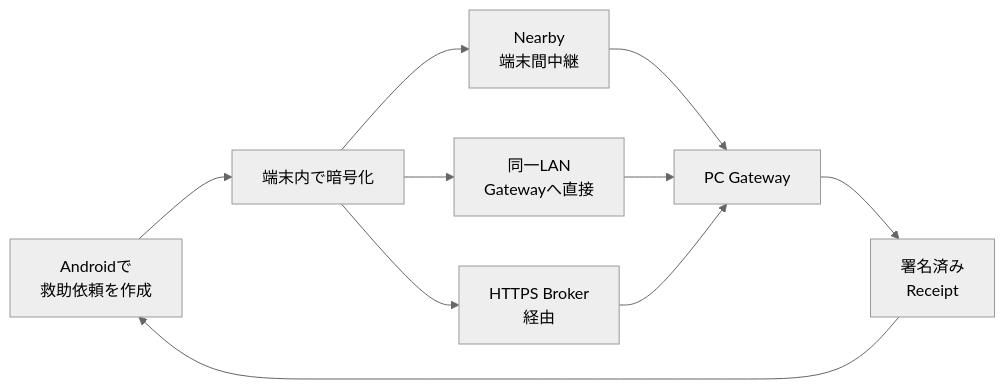
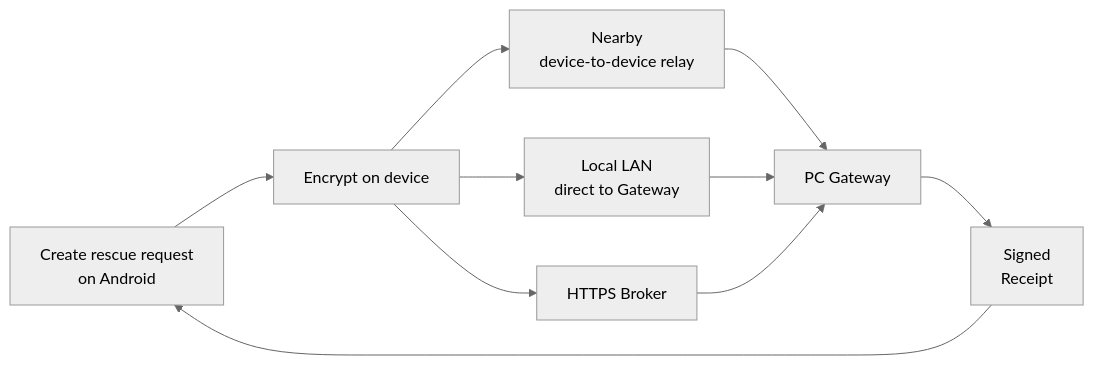
One commit to heynegix/Relay changed the diagram in README.md. Above: the diagram before and after it, drawn with Mermaid (neutral theme). The commit also changed other lines of this file, not shown here.

````diff
--- a/README.md
+++ b/README.md
@@ -33,12 +33,12 @@
 ```mermaid
 flowchart LR
-    A[Androidで<br/>救助依頼を作成] --> E[端末内で暗号化]
-    E --> N[Nearby<br/>端末間中継]
-    E --> L[同一LAN<br/>Gatewayへ直接]
-    E --> B[HTTPS Broker<br/>経由]
+    A[Create rescue request<br/>on Android] --> E[Encrypt on device]
+    E --> N[Nearby<br/>device-to-device relay]
+    E --> L[Local LAN<br/>direct to Gateway]
+    E --> B[HTTPS Broker]
     N --> G[PC Gateway]
     L --> G
     B --> G
-    G --> R[署名済み<br/>Receipt]
+    G --> R[Signed<br/>Receipt]
     R --> A
 ```
````
